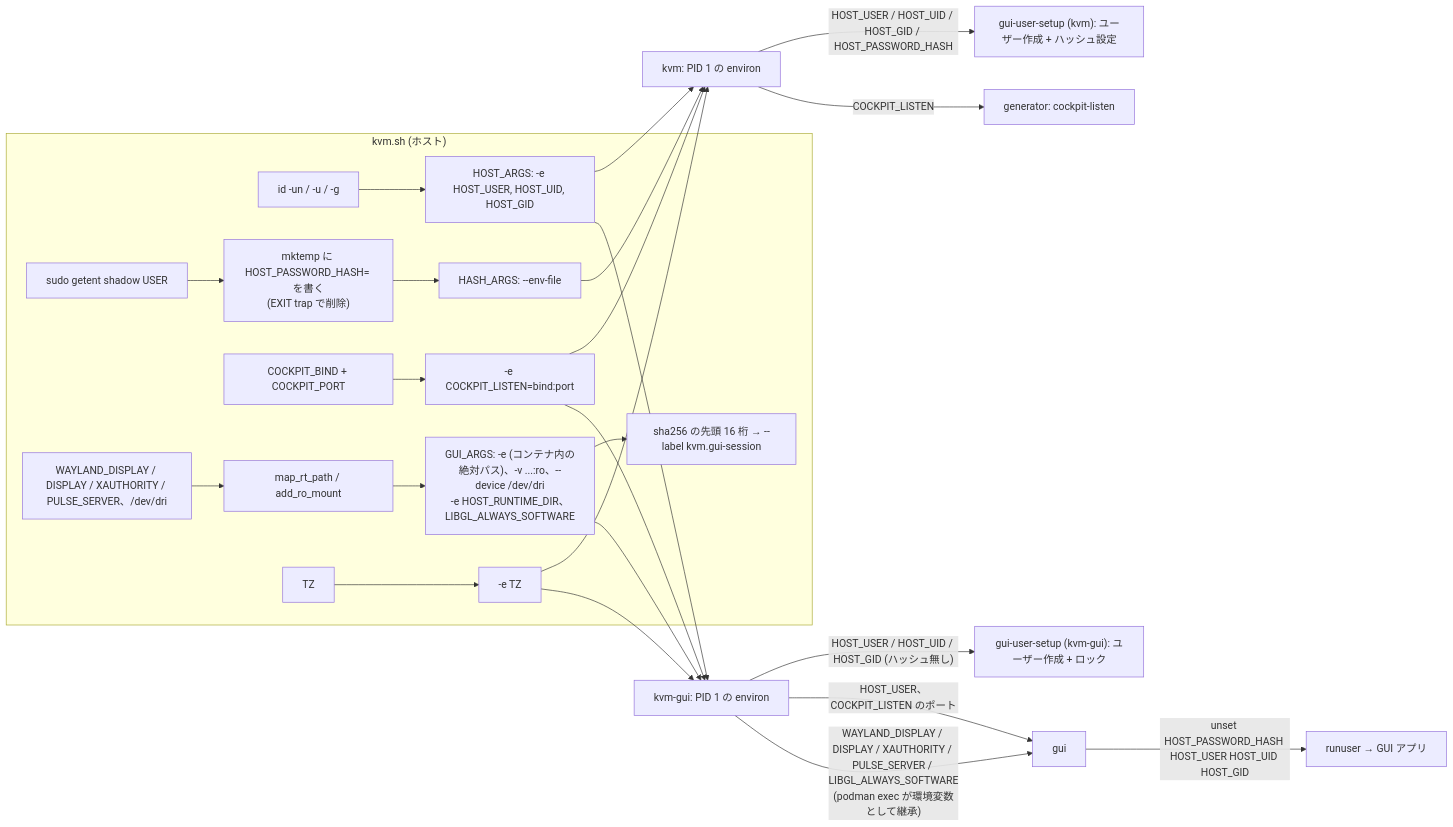
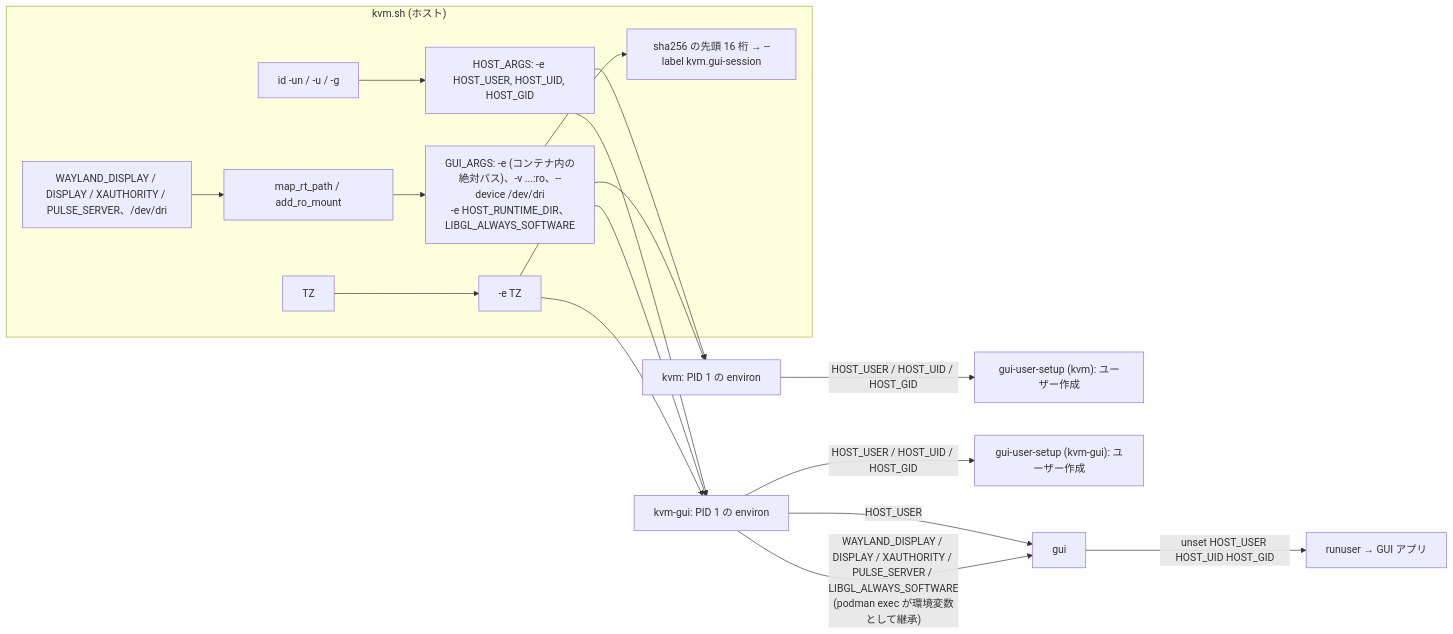
Before and after one commit to ryo-aoki-pc/kvm-container: the eighth of 22 diagrams in docs/SPEC.md, drawn with Mermaid. The commit also changed other lines of this file and 11 other files, not shown here.

````diff
--- a/docs/SPEC.md
+++ b/docs/SPEC.md
@@ -471,27 +448,21 @@
 ```mermaid
 flowchart LR
   subgraph src ["kvm.sh (ホスト)"]
     id["id -un / -u / -g"] --> ha["HOST_ARGS: -e HOST_USER, HOST_UID, HOST_GID"]
-    shadow["sudo getent shadow USER"] --> envf["mktemp に HOST_PASSWORD_HASH= を書く<br/>(EXIT trap で削除)"] --> hash["HASH_ARGS: --env-file"]
-    cb["COCKPIT_BIND + COCKPIT_PORT"] --> cl["-e COCKPIT_LISTEN=bind:port"]
     sess["WAYLAND_DISPLAY / DISPLAY / XAUTHORITY / PULSE_SERVER、/dev/dri"] --> map["map_rt_path / add_ro_mount"] --> ga["GUI_ARGS: -e (コンテナ内の絶対パス)、-v ...:ro、--device /dev/dri<br/>-e HOST_RUNTIME_DIR、LIBGL_ALWAYS_SOFTWARE"]
     ga --> label["sha256 の先頭 16 桁 → --label kvm.gui-session"]
     tz["TZ"] --> tzarg["-e TZ"]
   end
   kenv["kvm: PID 1 の environ"]
   genv["kvm-gui: PID 1 の environ"]
   ha --> kenv
   ha --> genv
-  hash --> kenv
-  cl --> kenv
-  cl --> genv
   ga --> genv
   tzarg --> kenv
   tzarg --> genv
-  kenv -->|"HOST_USER / HOST_UID / HOST_GID / HOST_PASSWORD_HASH"| kgus["gui-user-setup (kvm): ユーザー作成 + ハッシュ設定"]
-  kenv -->|"COCKPIT_LISTEN"| gen["generator: cockpit-listen"]
-  genv -->|"HOST_USER / HOST_UID / HOST_GID (ハッシュ無し)"| ggus["gui-user-setup (kvm-gui): ユーザー作成 + ロック"]
-  genv -->|"HOST_USER、COCKPIT_LISTEN のポート"| gui["gui"]
+  kenv -->|"HOST_USER / HOST_UID / HOST_GID"| kgus["gui-user-setup (kvm): ユーザー作成"]
+  genv -->|"HOST_USER / HOST_UID / HOST_GID"| ggus["gui-user-setup (kvm-gui): ユーザー作成"]
+  genv -->|"HOST_USER"| gui["gui"]
   genv -->|"WAYLAND_DISPLAY / DISPLAY / XAUTHORITY / PULSE_SERVER / LIBGL_ALWAYS_SOFTWARE<br/>(podman exec が環境変数として継承)"| gui
-  gui -->|"unset HOST_PASSWORD_HASH HOST_USER HOST_UID HOST_GID"| app["runuser → GUI アプリ"]
+  gui -->|"unset HOST_USER HOST_UID HOST_GID"| app["runuser → GUI アプリ"]
 ```
````
